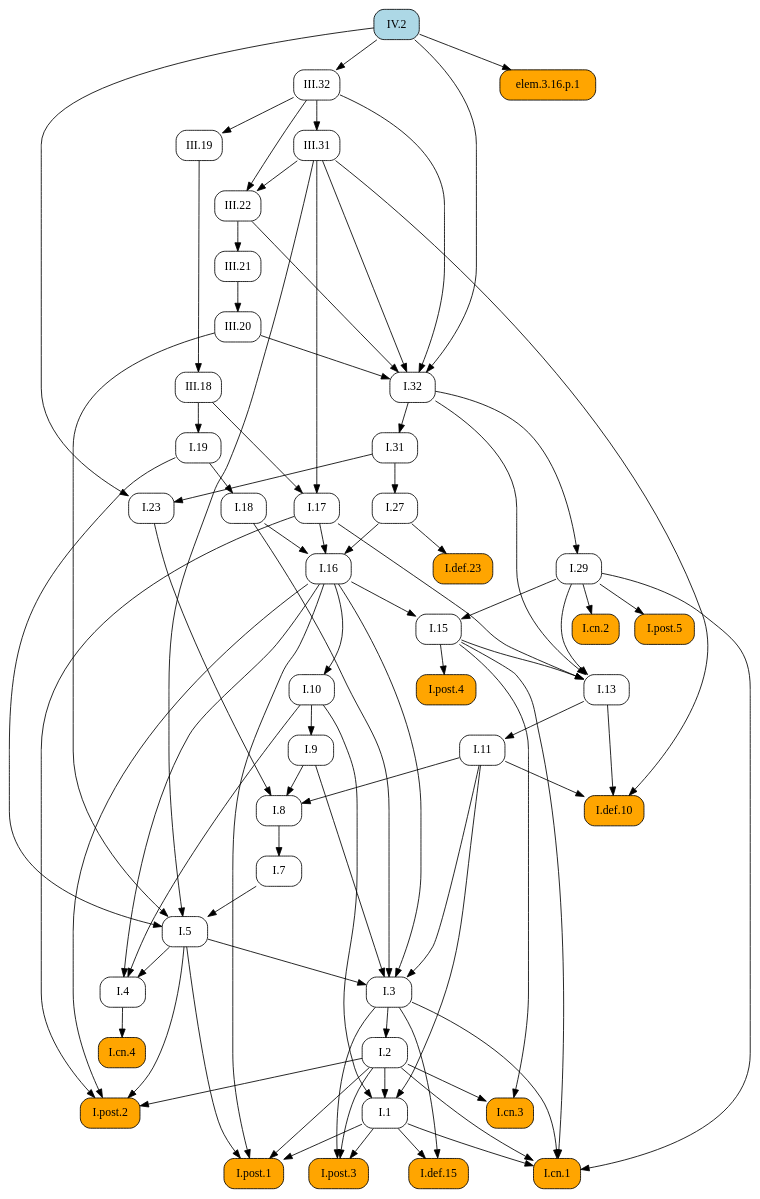
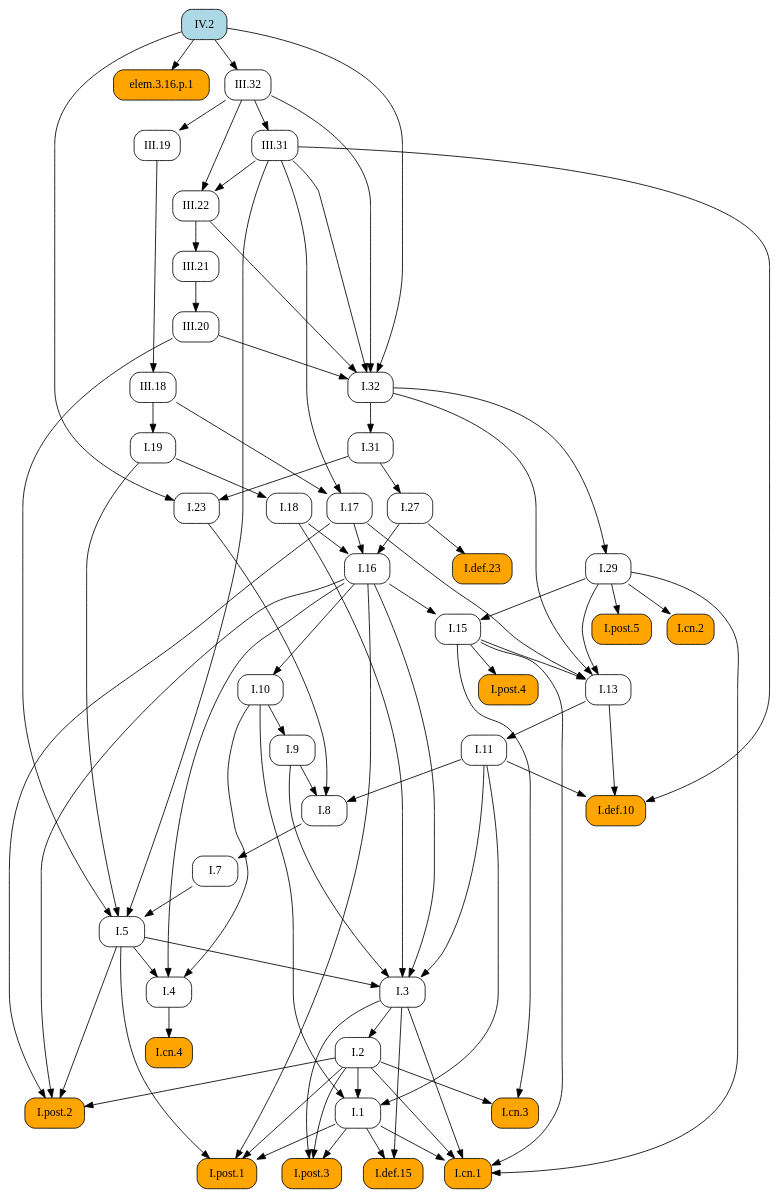
Before and after one commit to geometor/elements: the diagram in docsrc/elements2/IV/2/index.rst, drawn with Graphviz. The commit also changed other lines of this file and 171 other files, not shown here.

```diff
--- a/docsrc/elements2/IV/2/index.rst
+++ b/docsrc/elements2/IV/2/index.rst
@@ -46,129 +46,129 @@
    digraph {
      rankdir="TB";
      node [shape=box, style=rounded];
+     "I.8" [URL="/elements2/I/8/", target="_top"];
+     "I.32" [URL="/elements2/I/32/", target="_top"];
+     "I.post.1" [style="rounded,filled", fillcolor=orange, URL="/elements2/I/post.1/", target="_top"];
+     "I.5" [URL="/elements2/I/5/", target="_top"];
+     "I.post.5" [style="rounded,filled", fillcolor=orange, URL="/elements2/I/post.5/", target="_top"];
+     "I.def.10" [style="rounded,filled", fillcolor=orange, URL="/elements2/I/def.10/", target="_top"];
+     "I.cn.2" [style="rounded,filled", fillcolor=orange, URL="/elements2/I/cn.2/", target="_top"];
      "III.22" [URL="/elements2/III/22/", target="_top"];
-     "I.def.10" [style="rounded,filled", fillcolor=orange, URL="/elements2/I/def.10/", target="_top"];
-     "I.32" [URL="/elements2/I/32/", target="_top"];
+     "elem.3.16.p.1" [style="rounded,filled", fillcolor=orange];
+     "I.def.15" [style="rounded,filled", fillcolor=orange, URL="/elements2/I/def.15/", target="_top"];
      "III.31" [URL="/elements2/III/31/", target="_top"];
-     "I.def.15" [style="rounded,filled", fillcolor=orange, URL="/elements2/I/def.15/", target="_top"];
+     "I.31" [URL="/elements2/I/31/", target="_top"];
+     "I.11" [URL="/elements2/I/11/", target="_top"];
+     "I.3" [URL="/elements2/I/3/", target="_top"];
+     "I.def.23" [style="rounded,filled", fillcolor=orange, URL="/elements2/I/def.23/", target="_top"];
+     "I.post.2" [style="rounded,filled", fillcolor=orange, URL="/elements2/I/post.2/", target="_top"];
+     "IV.2" [style="rounded,filled", fillcolor=lightblue, URL="/elements2/IV/2/", target="_top"];
+     "I.19" [URL="/elements2/I/19/", target="_top"];
+     "I.1" [URL="/elements2/I/1/", target="_top"];
+     "I.cn.3" [style="rounded,filled", fillcolor=orange, URL="/elements2/I/cn.3/", target="_top"];
      "I.cn.4" [style="rounded,filled", fillcolor=orange, URL="/elements2/I/cn.4/", target="_top"];
+     "III.21" [URL="/elements2/III/21/", target="_top"];
+     "I.7" [URL="/elements2/I/7/", target="_top"];
+     "I.17" [URL="/elements2/I/17/", target="_top"];
+     "III.20" [URL="/elements2/III/20/", target="_top"];
+     "I.9" [URL="/elements2/I/9/", target="_top"];
+     "III.32" [URL="/elements2/III/32/", target="_top"];
+     "I.cn.1" [style="rounded,filled", fillcolor=orange, URL="/elements2/I/cn.1/", target="_top"];
+     "I.29" [URL="/elements2/I/29/", target="_top"];
+     "III.19" [URL="/elements2/III/19/", target="_top"];
+     "I.post.4" [style="rounded,filled", fillcolor=orange, URL="/elements2/I/post.4/", target="_top"];
+     "I.13" [URL="/elements2/I/13/", target="_top"];
+     "I.16" [URL="/elements2/I/16/", target="_top"];
+     "I.18" [URL="/elements2/I/18/", target="_top"];
+     "I.2" [URL="/elements2/I/2/", target="_top"];
+     "I.27" [URL="/elements2/I/27/", target="_top"];
+     "III.18" [URL="/elements2/III/18/", target="_top"];
+     "I.4" [URL="/elements2/I/4/", target="_top"];
+     "I.10" [URL="/elements2/I/10/", target="_top"];
+     "I.15" [URL="/elements2/I/15/", target="_top"];
+     "I.23" [URL="/elements2/I/23/", target="_top"];
      "I.post.3" [style="rounded,filled", fillcolor=orange, URL="/elements2/I/post.3/", target="_top"];
-     "I.27" [URL="/elements2/I/27/", target="_top"];
-     "I.post.2" [style="rounded,filled", fillcolor=orange, URL="/elements2/I/post.2/", target="_top"];
-     "I.13" [URL="/elements2/I/13/", target="_top"];
-     "I.10" [URL="/elements2/I/10/", target="_top"];
-     "I.post.1" [style="rounded,filled", fillcolor=orange, URL="/elements2/I/post.1/", target="_top"];
-     "I.7" [URL="/elements2/I/7/", target="_top"];
-     "III.19" [URL="/elements2/III/19/", target="_top"];
-     "I.11" [URL="/elements2/I/11/", target="_top"];
-     "I.4" [URL="/elements2/I/4/", target="_top"];
-     "elem.3.16.p.1" [style="rounded,filled", fillcolor=orange];
-     "I.16" [URL="/elements2/I/16/", target="_top"];
-     "III.32" [URL="/elements2/III/32/", target="_top"];
-     "I.def.23" [style="rounded,filled", fillcolor=orange, URL="/elements2/I/def.23/", target="_top"];
-     "I.9" [URL="/elements2/I/9/", target="_top"];
-     "I.18" [URL="/elements2/I/18/", target="_top"];
-     "I.8" [URL="/elements2/I/8/", target="_top"];
-     "I.cn.2" [style="rounded,filled", fillcolor=orange, URL="/elements2/I/cn.2/", target="_top"];
-     "I.23" [URL="/elements2/I/23/", target="_top"];
-     "I.15" [URL="/elements2/I/15/", target="_top"];
-     "I.post.5" [style="rounded,filled", fillcolor=orange, URL="/elements2/I/post.5/", target="_top"];
-     "III.18" [URL="/elements2/III/18/", target="_top"];
-     "III.21" [URL="/elements2/III/21/", target="_top"];
-     "III.20" [URL="/elements2/III/20/", target="_top"];
-     "I.2" [URL="/elements2/I/2/", target="_top"];
-     "I.1" [URL="/elements2/I/1/", target="_top"];
-     "IV.2" [style="rounded,filled", fillcolor=lightblue, URL="/elements2/IV/2/", target="_top"];
-     "I.31" [URL="/elements2/I/31/", target="_top"];
-     "I.post.4" [style="rounded,filled", fillcolor=orange, URL="/elements2/I/post.4/", target="_top"];
-     "I.cn.1" [style="rounded,filled", fillcolor=orange, URL="/elements2/I/cn.1/", target="_top"];
-     "I.3" [URL="/elements2/I/3/", target="_top"];
-     "I.cn.3" [style="rounded,filled", fillcolor=orange, URL="/elements2/I/cn.3/", target="_top"];
-     "I.17" [URL="/elements2/I/17/", target="_top"];
-     "I.29" [URL="/elements2/I/29/", target="_top"];
-     "I.19" [URL="/elements2/I/19/", target="_top"];
-     "I.5" [URL="/elements2/I/5/", target="_top"];
-     "III.31" -> "III.22";
-     "III.32" -> "III.22";
-     "I.11" -> "I.def.10";
-     "I.13" -> "I.def.10";
-     "III.31" -> "I.def.10";
+     "I.9" -> "I.8";
+     "I.11" -> "I.8";
+     "I.23" -> "I.8";
      "III.20" -> "I.32";
      "III.22" -> "I.32";
      "III.31" -> "I.32";
      "III.32" -> "I.32";
      "IV.2" -> "I.32";
-     "III.32" -> "III.31";
+     "I.1" -> "I.post.1";
+     "I.2" -> "I.post.1";
+     "I.5" -> "I.post.1";
+     "I.16" -> "I.post.1";
+     "I.7" -> "I.5";
+     "I.19" -> "I.5";
+     "III.20" -> "I.5";
+     "III.31" -> "I.5";
+     "I.29" -> "I.post.5";
+     "I.11" -> "I.def.10";
+     "I.13" -> "I.def.10";
+     "III.31" -> "I.def.10";
+     "I.29" -> "I.cn.2";
+     "III.31" -> "III.22";
+     "III.32" -> "III.22";
+     "IV.2" -> "elem.3.16.p.1";
      "I.1" -> "I.def.15";
      "I.3" -> "I.def.15";
-     "I.4" -> "I.cn.4";
-     "I.1" -> "I.post.3";
-     "I.2" -> "I.post.3";
-     "I.3" -> "I.post.3";
-     "I.31" -> "I.27";
+     "III.32" -> "III.31";
+     "I.32" -> "I.31";
+     "I.13" -> "I.11";
+     "I.5" -> "I.3";
+     "I.9" -> "I.3";
+     "I.11" -> "I.3";
+     "I.16" -> "I.3";
+     "I.18" -> "I.3";
+     "I.27" -> "I.def.23";
      "I.2" -> "I.post.2";
      "I.5" -> "I.post.2";
      "I.16" -> "I.post.2";
      "I.17" -> "I.post.2";
-     "I.15" -> "I.13";
-     "I.17" -> "I.13";
-     "I.29" -> "I.13";
-     "I.32" -> "I.13";
-     "I.16" -> "I.10";
-     "I.1" -> "I.post.1";
-     "I.2" -> "I.post.1";
-     "I.5" -> "I.post.1";
-     "I.16" -> "I.post.1";
-     "I.8" -> "I.7";
-     "III.32" -> "III.19";
-     "I.13" -> "I.11";
-     "I.5" -> "I.4";
-     "I.10" -> "I.4";
-     "I.16" -> "I.4";
-     "IV.2" -> "elem.3.16.p.1";
-     "I.17" -> "I.16";
-     "I.18" -> "I.16";
-     "I.27" -> "I.16";
-     "IV.2" -> "III.32";
-     "I.27" -> "I.def.23";
-     "I.10" -> "I.9";
-     "I.19" -> "I.18";
-     "I.9" -> "I.8";
-     "I.11" -> "I.8";
-     "I.23" -> "I.8";
-     "I.29" -> "I.cn.2";
-     "I.31" -> "I.23";
-     "IV.2" -> "I.23";
-     "I.16" -> "I.15";
-     "I.29" -> "I.15";
-     "I.29" -> "I.post.5";
-     "III.19" -> "III.18";
-     "III.22" -> "III.21";
-     "III.21" -> "III.20";
-     "I.3" -> "I.2";
+     "III.18" -> "I.19";
      "I.2" -> "I.1";
      "I.10" -> "I.1";
      "I.11" -> "I.1";
-     "I.32" -> "I.31";
-     "I.15" -> "I.post.4";
+     "I.2" -> "I.cn.3";
+     "I.15" -> "I.cn.3";
+     "I.4" -> "I.cn.4";
+     "III.22" -> "III.21";
+     "I.8" -> "I.7";
+     "III.18" -> "I.17";
+     "III.31" -> "I.17";
+     "III.21" -> "III.20";
+     "I.10" -> "I.9";
+     "IV.2" -> "III.32";
      "I.1" -> "I.cn.1";
      "I.2" -> "I.cn.1";
      "I.3" -> "I.cn.1";
      "I.15" -> "I.cn.1";
      "I.29" -> "I.cn.1";
-     "I.5" -> "I.3";
-     "I.9" -> "I.3";
-     "I.11" -> "I.3";
-     "I.16" -> "I.3";
-     "I.18" -> "I.3";
-     "I.2" -> "I.cn.3";
-     "I.15" -> "I.cn.3";
-     "III.18" -> "I.17";
-     "III.31" -> "I.17";
      "I.32" -> "I.29";
-     "III.18" -> "I.19";
-     "I.7" -> "I.5";
-     "I.19" -> "I.5";
-     "III.20" -> "I.5";
-     "III.31" -> "I.5";
+     "III.32" -> "III.19";
+     "I.15" -> "I.post.4";
+     "I.15" -> "I.13";
+     "I.17" -> "I.13";
+     "I.29" -> "I.13";
+     "I.32" -> "I.13";
+     "I.17" -> "I.16";
+     "I.18" -> "I.16";
+     "I.27" -> "I.16";
+     "I.19" -> "I.18";
+     "I.3" -> "I.2";
+     "I.31" -> "I.27";
+     "III.19" -> "III.18";
+     "I.5" -> "I.4";
+     "I.10" -> "I.4";
+     "I.16" -> "I.4";
+     "I.16" -> "I.10";
+     "I.16" -> "I.15";
+     "I.29" -> "I.15";
+     "I.31" -> "I.23";
+     "IV.2" -> "I.23";
+     "I.1" -> "I.post.3";
+     "I.2" -> "I.post.3";
+     "I.3" -> "I.post.3";
    }
```
